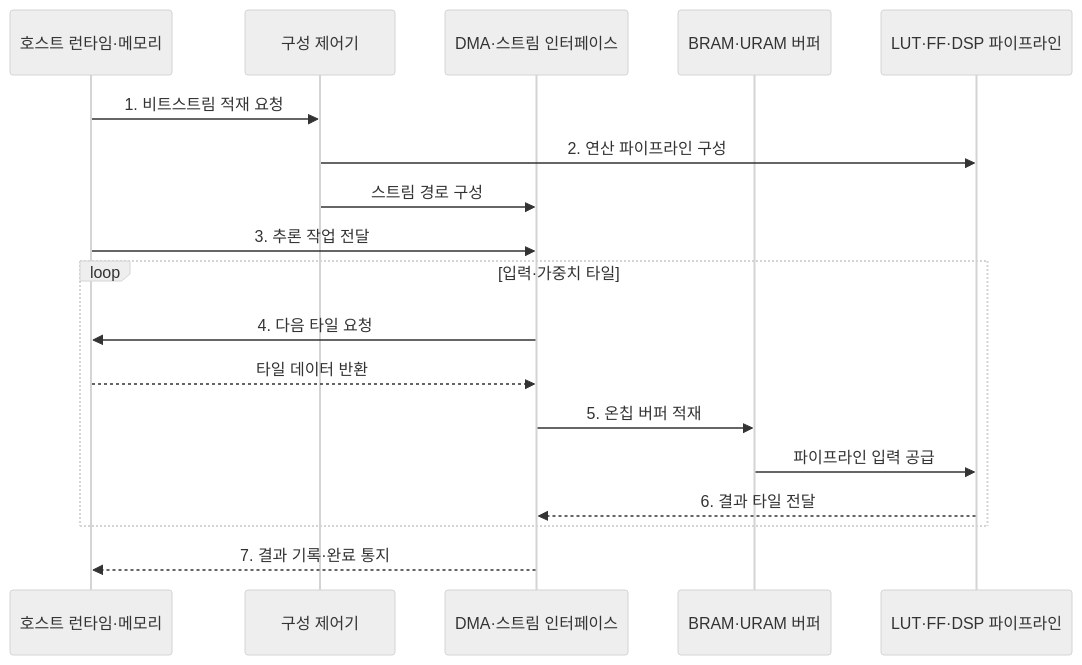
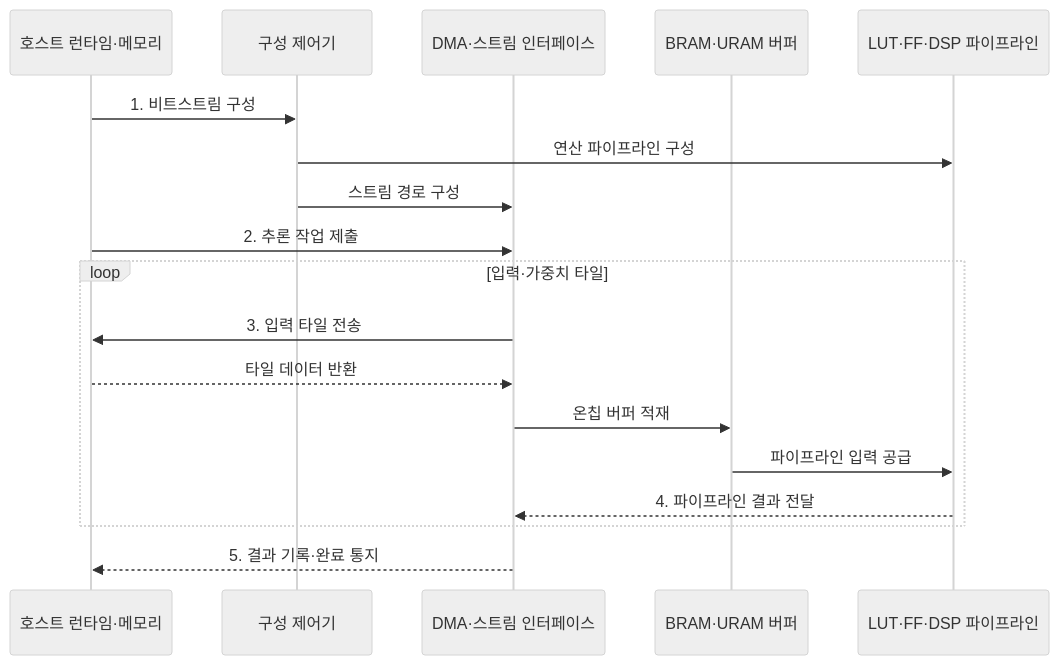
Before and after one commit to agnusdei1207/knowledge-base: the second of 2 diagrams in src/content/docs/notes/02-hardware/039_fpga_ai_acceleration.md, drawn with Mermaid (neutral theme). The commit also changed other lines of this file and 86 other files, not shown here.

````diff
--- a/src/content/docs/notes/02-hardware/039_fpga_ai_acceleration.md
+++ b/src/content/docs/notes/02-hardware/039_fpga_ai_acceleration.md
@@ -95,21 +95,21 @@
 ```mermaid
 sequenceDiagram
     participant H as 호스트 런타임·메모리
     participant C as 구성 제어기
     participant D as DMA·스트림 인터페이스
     participant B as BRAM·URAM 버퍼
     participant P as LUT·FF·DSP 파이프라인
 
-    H->>C: 1. 비트스트림 적재 요청
-    C->>P: 2. 연산 파이프라인 구성
+    H->>C: 1. 비트스트림 구성
+    C->>P: 연산 파이프라인 구성
     C->>D: 스트림 경로 구성
-    H->>D: 3. 추론 작업 전달
+    H->>D: 2. 추론 작업 제출
     loop 입력·가중치 타일
-        D->>H: 4. 다음 타일 요청
+        D->>H: 3. 입력 타일 전송
         H-->>D: 타일 데이터 반환
-        D->>B: 5. 온칩 버퍼 적재
+        D->>B: 온칩 버퍼 적재
         B->>P: 파이프라인 입력 공급
-        P-->>D: 6. 결과 타일 전달
+        P-->>D: 4. 파이프라인 결과 전달
     end
-    D-->>H: 7. 결과 기록·완료 통지
+    D-->>H: 5. 결과 기록·완료 통지
 ```
````
